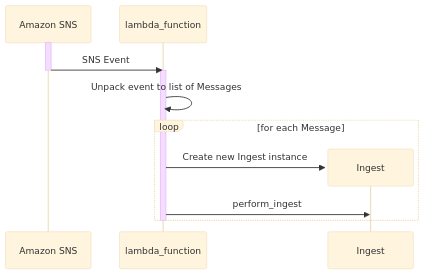
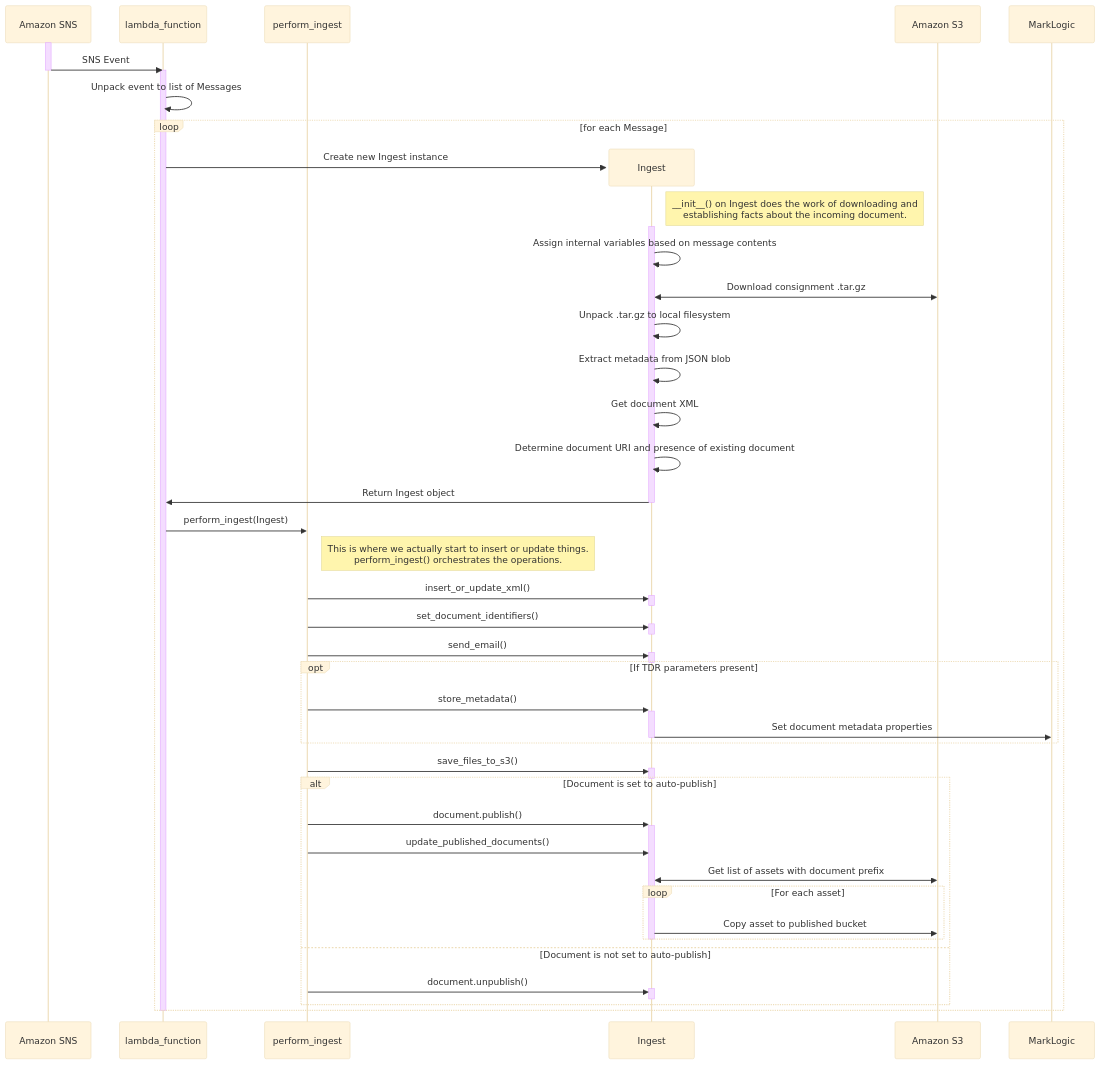
One commit to nationalarchives/ds-caselaw-ingester changed the diagram in docs/workflow.md. Above: the diagram before and after it, drawn with Mermaid (base theme).

Commit message:
Flesh out some of the perform_ingest orchestration

````diff
--- a/docs/workflow.md
+++ b/docs/workflow.md
@@ -5,32 +5,74 @@
 ```mermaid
 
 sequenceDiagram
     participant SNS as Amazon SNS
     participant lambda as lambda_function
-
+    participant perform_ingest
 
     activate SNS
     SNS ->> lambda : SNS Event
     deactivate SNS
 
     activate lambda
 
     lambda ->> lambda : Unpack event to list of Messages
 
     loop for each Message
 
         create participant Ingest
-
         lambda ->> Ingest : Create new Ingest instance
-        lambda ->> Ingest : perform_ingest
-
+        note right of Ingest: __init__() on Ingest does the work of downloading and<br>establishing facts about the incoming document.
         activate Ingest
 
-        destroy Ingest
+        Ingest ->> Ingest : Assign internal variables based on message contents
 
+        participant S3 as Amazon S3
+
+        Ingest <<->> S3 : Download consignment .tar.gz
+        Ingest ->> Ingest : Unpack .tar.gz to local filesystem
+        Ingest ->> Ingest : Extract metadata from JSON blob
+        Ingest ->> Ingest : Get document XML
+        Ingest ->> Ingest : Determine document URI and presence of existing document
+        Ingest ->> lambda : Return Ingest object
+
+        deactivate Ingest
+
+        lambda ->> perform_ingest : perform_ingest(Ingest)
+        note right of perform_ingest: This is where we actually start to insert or update things.<br>perform_ingest() orchestrates the operations.
+
+        perform_ingest ->>+ Ingest: insert_or_update_xml()
+        deactivate Ingest
+
+        perform_ingest ->>+ Ingest: set_document_identifiers()
+        deactivate Ingest
+
+        perform_ingest ->>+ Ingest: send_email()
+        deactivate Ingest
+
+        opt If TDR parameters present
+            perform_ingest ->>+ Ingest: store_metadata()
+            Ingest ->> MarkLogic : Set document metadata properties
+            deactivate Ingest
+        end
+
+        perform_ingest ->>+ Ingest: save_files_to_s3()
+        deactivate Ingest
+
+        alt Document is set to auto-publish
+            perform_ingest ->>+ Ingest: document.publish()
+            perform_ingest ->> Ingest: update_published_documents()
+            Ingest <<->> S3 : Get list of assets with document prefix
+            loop For each asset
+                Ingest ->> S3 : Copy asset to published bucket
+            end
+            deactivate Ingest
+        else Document is not set to auto-publish
+            perform_ingest ->>+ Ingest: document.unpublish()
+            deactivate Ingest
+        end
 
     end
 
     deactivate lambda
 
 ```
````
